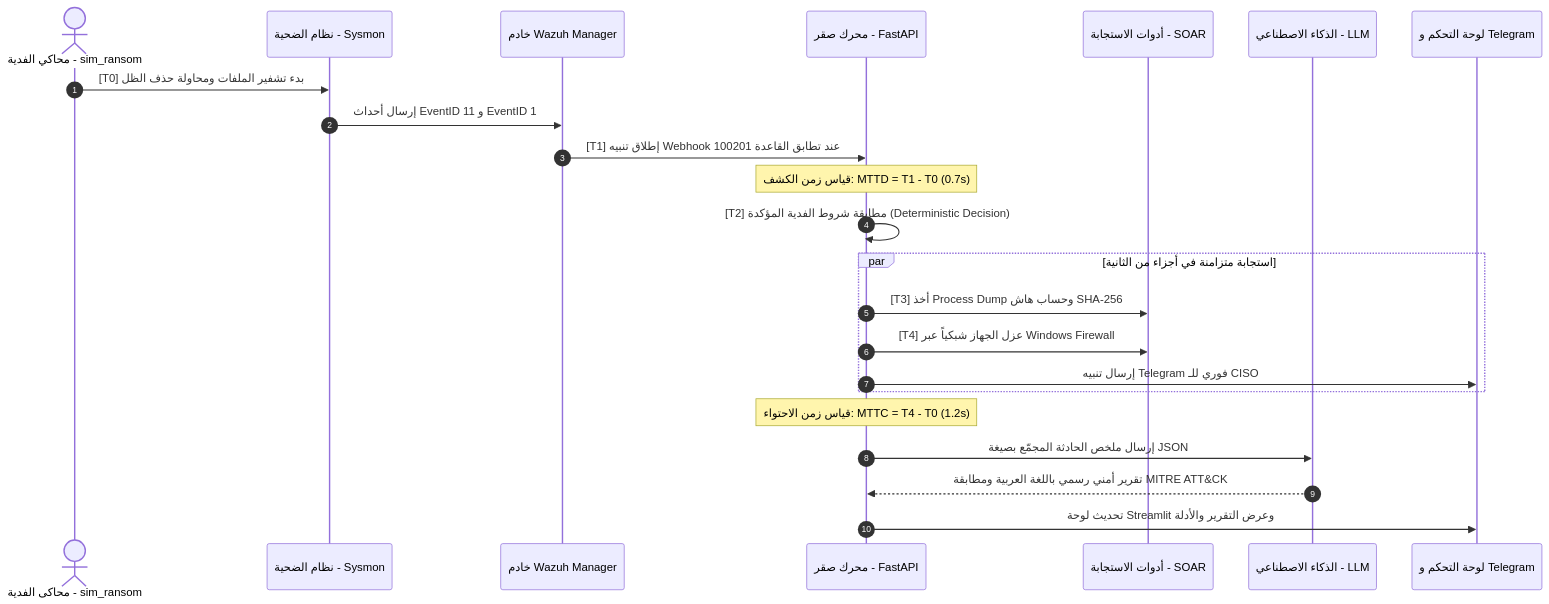
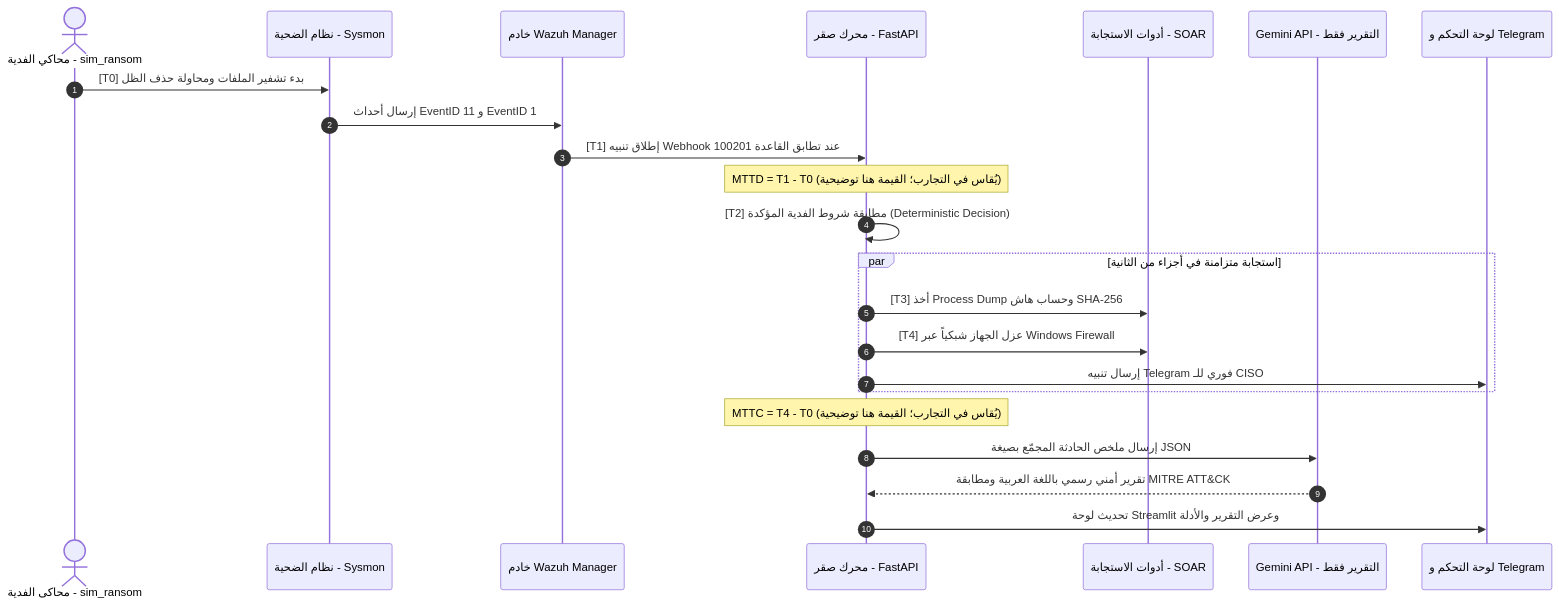
Before and after one commit to omar123JR/SAQR: the second of 2 diagrams in README.md, drawn with Mermaid. The commit also changed other lines of this file, not shown here.

Commit message:
docs: align README with approved SAQR architecture

````diff
--- a/README.md
+++ b/README.md
@@ -145,26 +149,26 @@
 ```mermaid
 sequenceDiagram
     autonumber
     actor Attacker as محاكي الفدية - sim_ransom
     participant Victim as نظام الضحية - Sysmon
     participant Wazuh as خادم Wazuh Manager
     participant Engine as محرك صقر - FastAPI
     participant Actions as أدوات الاستجابة - SOAR
-    participant AI as الذكاء الاصطناعي - LLM
+    participant AI as Gemini API - التقرير فقط
     participant SOC as لوحة التحكم و Telegram
 
     Attacker->>Victim: [T0] بدء تشفير الملفات ومحاولة حذف الظل
     Victim->>Wazuh: إرسال أحداث EventID 11 و EventID 1
     Wazuh->>Engine: [T1] إطلاق تنبيه Webhook عند تطابق القاعدة 100201
-    Note over Engine: قياس زمن الكشف: MTTD = T1 - T0 (0.7s)
+    Note over Engine: MTTD = T1 - T0 (يُقاس في التجارب؛ القيمة هنا توضيحية)
     Engine->>Engine: [T2] مطابقة شروط الفدية المؤكدة (Deterministic Decision)
     par استجابة متزامنة في أجزاء من الثانية
         Engine->>Actions: [T3] أخذ Process Dump وحساب هاش SHA-256
         Engine->>Actions: [T4] عزل الجهاز شبكياً عبر Windows Firewall
         Engine->>SOC: إرسال تنبيه Telegram فوري للـ CISO
     end
-    Note over Engine: قياس زمن الاحتواء: MTTC = T4 - T0 (1.2s)
+    Note over Engine: MTTC = T4 - T0 (يُقاس في التجارب؛ القيمة هنا توضيحية)
     Engine->>AI: إرسال ملخص الحادثة المجمّع بصيغة JSON
     AI-->>Engine: تقرير أمني رسمي باللغة العربية ومطابقة MITRE ATT&CK
     Engine->>SOC: تحديث لوحة Streamlit وعرض التقرير والأدلة
 ```
````
